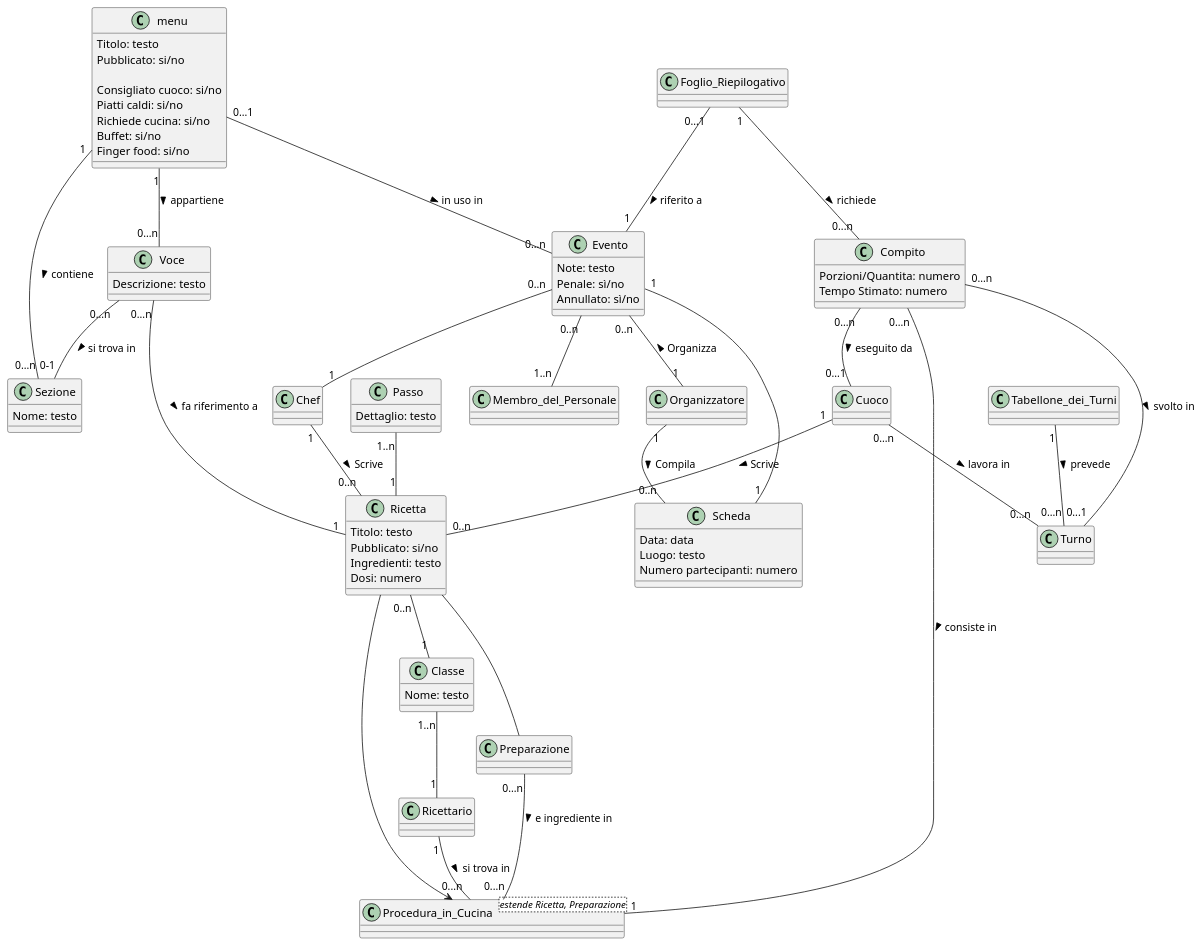
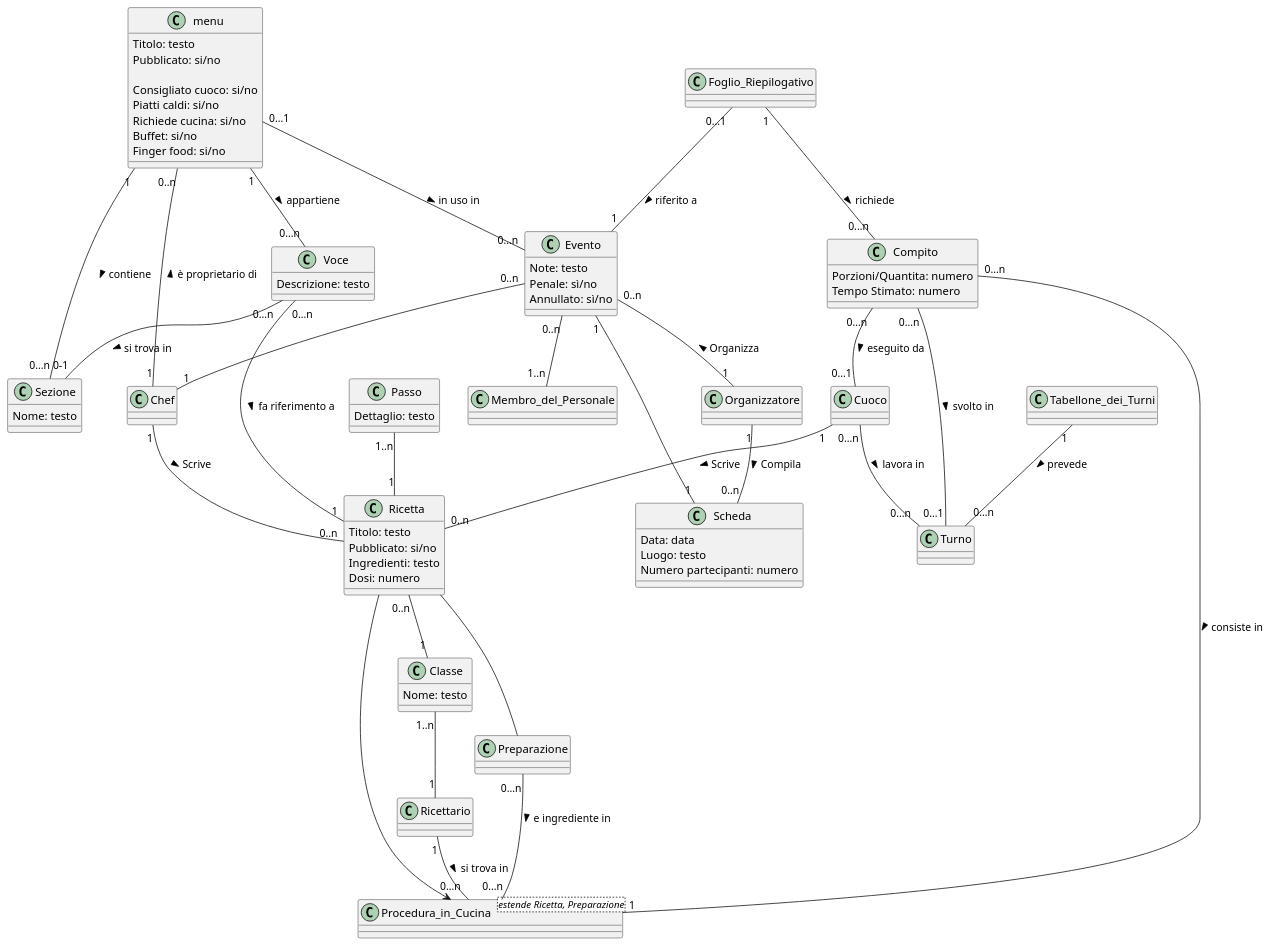
One commit to m0canu1/sas changed the diagram in mdd/modello_di_dominio.md. Above: the diagram before and after it, drawn with PlantUML. The commit also changed 2 other files, not shown here.

Commit message:
Primo passo del dsd e modifica al MDD

```diff
--- a/mdd/modello_di_dominio.md
+++ b/mdd/modello_di_dominio.md
@@ -52,6 +52,8 @@
 	Penale: sì/no
 	Annullato: sì/no
 }
+
+Chef "1" -- "0..n" menu: è proprietario di >
 Evento "0..n" -- "1" Chef
 Chef "1" -- "0..n" Ricetta: Scrive >
 Cuoco "1" -- "0..n" Ricetta: Scrive >
```
